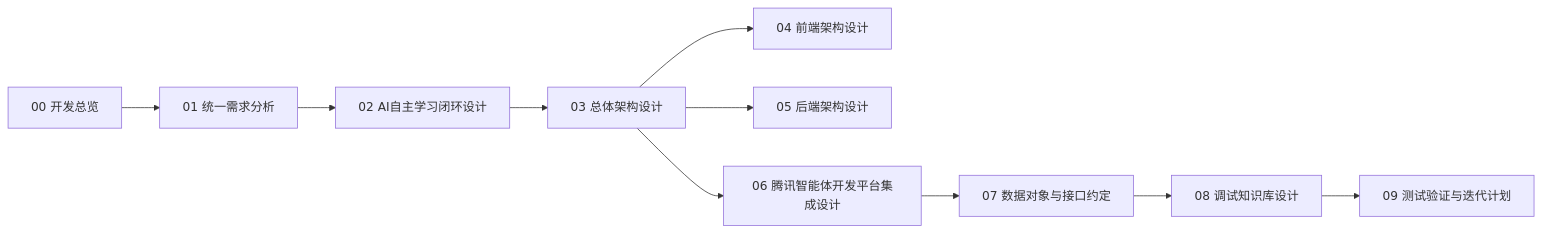
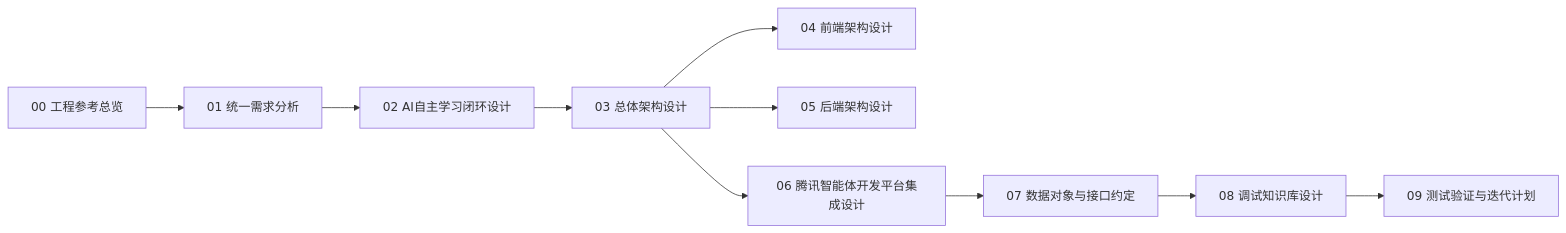
One commit to chenqsq/doc-showcase changed the first of 2 diagrams in doc/开发文档/00-开发总览.md. Above: the diagram before and after it, drawn with Mermaid. The commit also changed other lines of this file and 10 other files, not shown here.

````diff
--- a/doc/开发文档/00-开发总览.md
+++ b/doc/开发文档/00-开发总览.md
@@ -17,12 +26,12 @@
 ```mermaid
 flowchart LR
-    A[00 开发总览] --> B[01 统一需求分析]
+    A[00 工程参考总览] --> B[01 统一需求分析]
     B --> C[02 AI自主学习闭环设计]
     C --> D[03 总体架构设计]
     D --> E[04 前端架构设计]
     D --> F[05 后端架构设计]
     D --> G[06 腾讯智能体开发平台集成设计]
     G --> H[07 数据对象与接口约定]
     H --> I[08 调试知识库设计]
     I --> J[09 测试验证与迭代计划]
 ```
````
